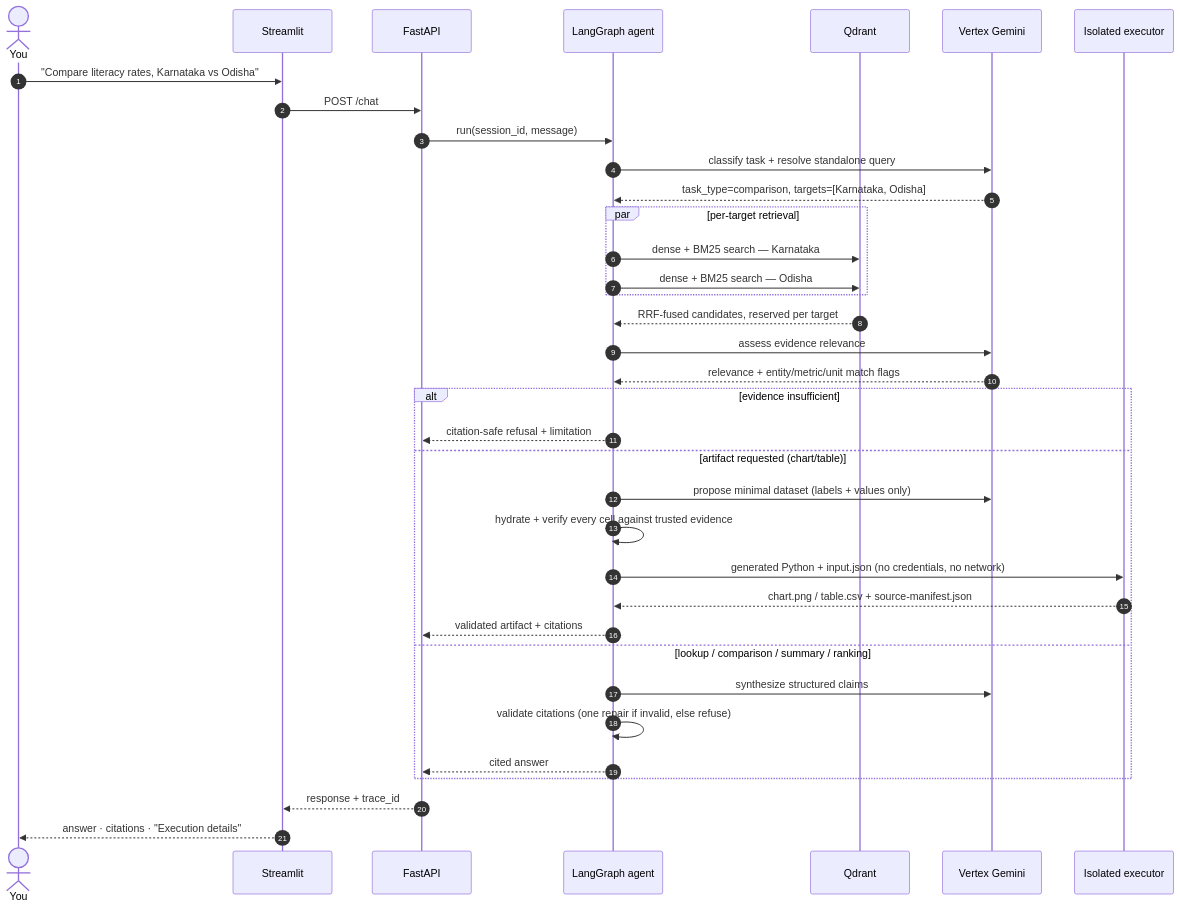
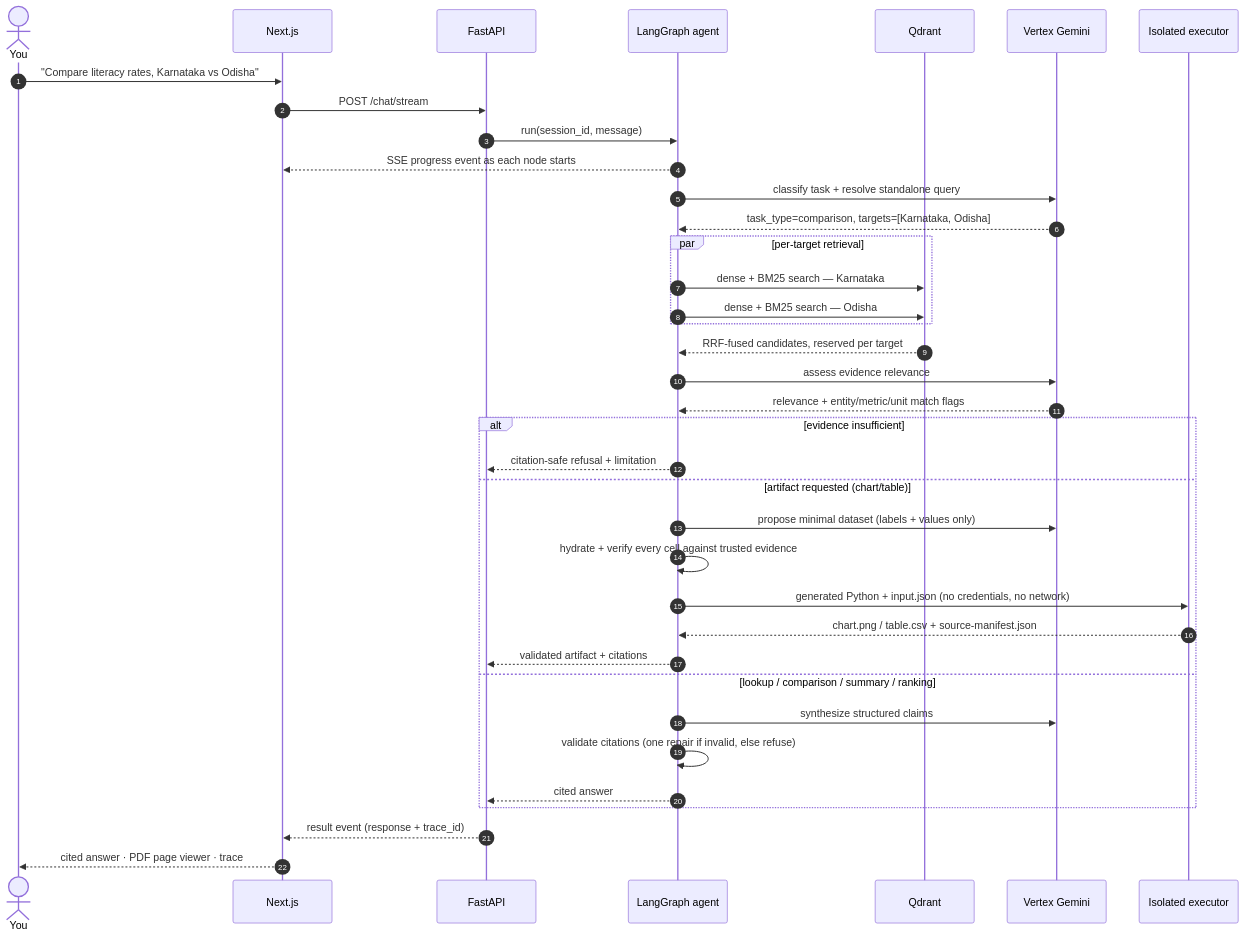
One commit to rmnvg/census-insight-agent changed the second of 3 diagrams in README.md. Above: the diagram before and after it, drawn with Mermaid. The commit also changed other lines of this file and 79 other files, not shown here.

````diff
--- a/README.md
+++ b/README.md
@@ -115,39 +143,40 @@
 ```mermaid
 sequenceDiagram
     autonumber
     actor You
-    participant UI as Streamlit
+    participant UI as Next.js
     participant API as FastAPI
     participant Graph as LangGraph agent
     participant Qdrant
     participant Gemini as Vertex Gemini
     participant Exec as Isolated executor
 
     You->>UI: "Compare literacy rates, Karnataka vs Odisha"
-    UI->>API: POST /chat
+    UI->>API: POST /chat/stream
     API->>Graph: run(session_id, message)
+    Graph-->>UI: SSE progress event as each node starts
     Graph->>Gemini: classify task + resolve standalone query
     Gemini-->>Graph: task_type=comparison, targets=[Karnataka, Odisha]
     par per-target retrieval
         Graph->>Qdrant: dense + BM25 search — Karnataka
         Graph->>Qdrant: dense + BM25 search — Odisha
     end
     Qdrant-->>Graph: RRF-fused candidates, reserved per target
     Graph->>Gemini: assess evidence relevance
     Gemini-->>Graph: relevance + entity/metric/unit match flags
     alt evidence insufficient
         Graph-->>API: citation-safe refusal + limitation
     else artifact requested (chart/table)
         Graph->>Gemini: propose minimal dataset (labels + values only)
         Graph->>Graph: hydrate + verify every cell against trusted evidence
         Graph->>Exec: generated Python + input.json (no credentials, no network)
         Exec-->>Graph: chart.png / table.csv + source-manifest.json
         Graph-->>API: validated artifact + citations
     else lookup / comparison / summary / ranking
         Graph->>Gemini: synthesize structured claims
         Graph->>Graph: validate citations (one repair if invalid, else refuse)
         Graph-->>API: cited answer
     end
-    API-->>UI: response + trace_id
-    UI-->>You: answer · citations · "Execution details"
+    API-->>UI: result event (response + trace_id)
+    UI-->>You: cited answer · PDF page viewer · trace
 ```
````
